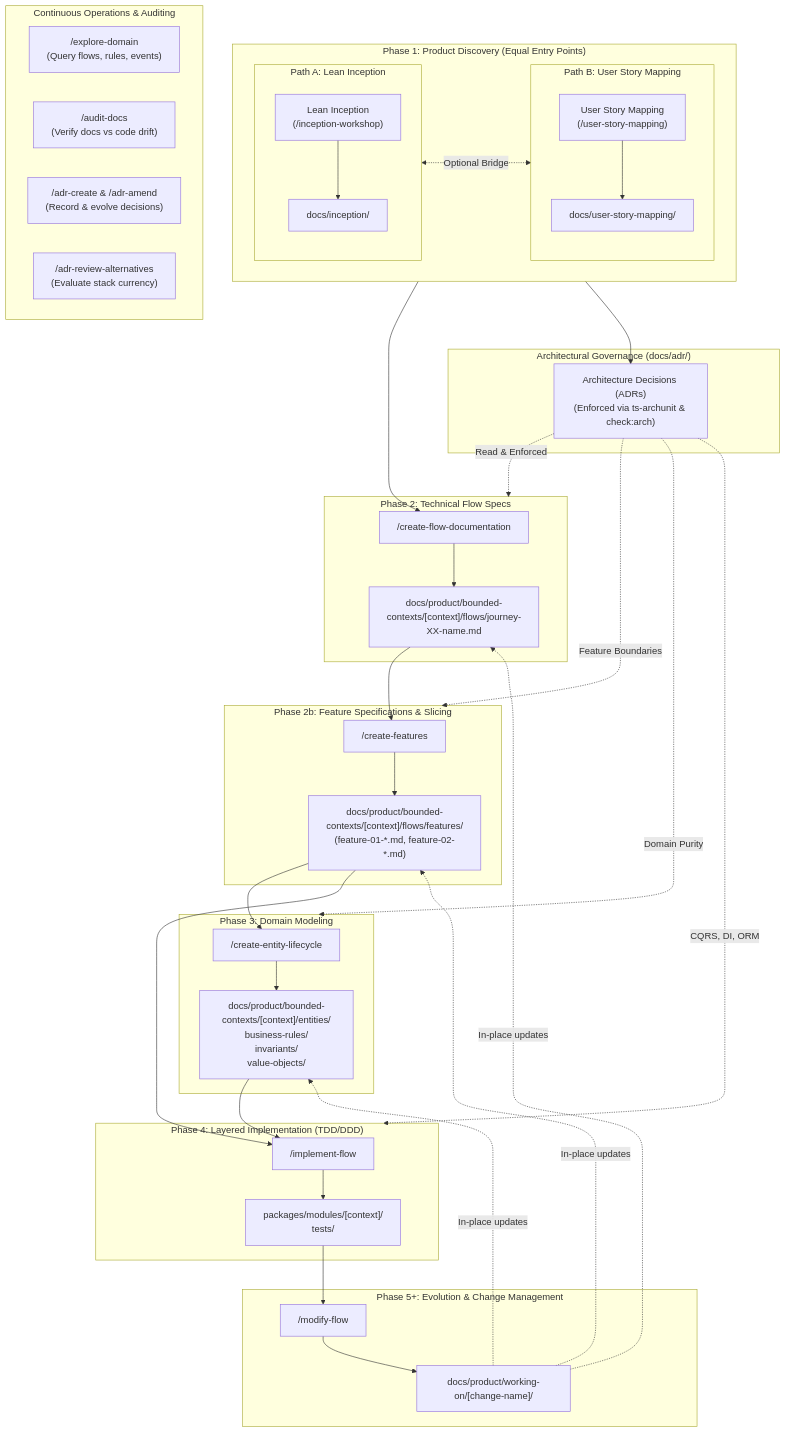
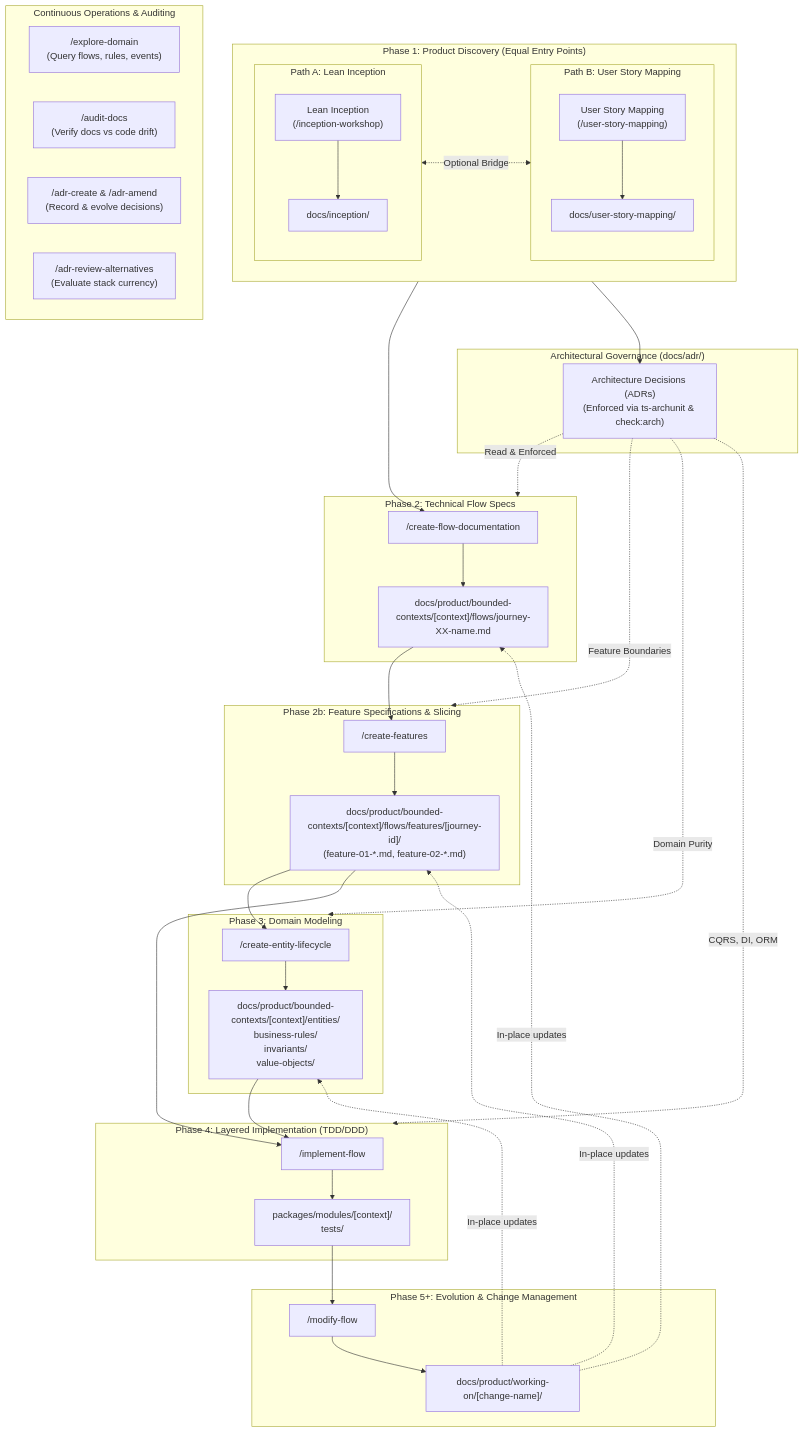
The diagram in docs/SDLC-WORKFLOW-DIRECTORY.md (faparicior/SessioFlow), drawn with Mermaid before and after one commit. The commit also changed other lines of this file and 26 other files, not shown here.

Commit message:
refactor(docs): group feature specifications by journey subfolder

````diff
--- a/docs/SDLC-WORKFLOW-DIRECTORY.md
+++ b/docs/SDLC-WORKFLOW-DIRECTORY.md
@@ -11,62 +11,62 @@
 ```mermaid
 flowchart TD
     subgraph Discovery ["Phase 1: Product Discovery (Equal Entry Points)"]
         direction LR
 
         subgraph PathA ["Path A: Lean Inception"]
             direction TB
             P1["Lean Inception\n(/inception-workshop)"] --> D1["docs/inception/"]
         end
 
         subgraph PathB ["Path B: User Story Mapping"]
             direction TB
             P1b["User Story Mapping\n(/user-story-mapping)"] --> D1b["docs/user-story-mapping/"]
         end
 
         D1 <-.->|"Optional Bridge"| D1b
     end
 
     Discovery --> P2
 
     subgraph Specs ["Phase 2: Technical Flow Specs"]
         P2["/create-flow-documentation"] --> D2["docs/product/bounded-contexts/[context]/flows/journey-XX-name.md"]
     end
 
     subgraph Features ["Phase 2b: Feature Specifications & Slicing"]
         D2 --> P2b["/create-features"]
-        P2b --> D2b["docs/product/bounded-contexts/[context]/flows/features/\n(feature-01-*.md, feature-02-*.md)"]
+        P2b --> D2b["docs/product/bounded-contexts/[context]/flows/features/[journey-id]/\n(feature-01-*.md, feature-02-*.md)"]
     end
 
     subgraph DomainModel ["Phase 3: Domain Modeling"]
         D2b --> P3["/create-entity-lifecycle"]
         P3 --> D3["docs/product/bounded-contexts/[context]/entities/\nbusiness-rules/\ninvariants/\nvalue-objects/"]
     end
 
     subgraph Implementation ["Phase 4: Layered Implementation (TDD/DDD)"]
         D2b & D3 --> P4["/implement-flow"]
         P4 --> D4["packages/modules/[context]/\ntests/"]
     end
 
     subgraph Evolution ["Phase 5+: Evolution & Change Management"]
         D4 --> P5["/modify-flow"]
         P5 --> D5["docs/product/working-on/[change-name]/"]
         D5 -. In-place updates .-> D2 & D2b & D3
     end
 
     subgraph Operations ["Continuous Operations & Auditing"]
         O1["/explore-domain\n(Query flows, rules, events)"]
         O2["/audit-docs\n(Verify docs vs code drift)"]
         O3["/adr-create & /adr-amend\n(Record & evolve decisions)"]
         O4["/adr-review-alternatives\n(Evaluate stack currency)"]
     end
 
     subgraph Architecture ["Architectural Governance (docs/adr/)"]
         ADR["Architecture Decisions (ADRs)\n(Enforced via ts-archunit & check:arch)"]
     end
 
     Discovery --> ADR
     ADR -. Read & Enforced .-> Specs
     ADR -. Feature Boundaries .-> Features
     ADR -. Domain Purity .-> DomainModel
     ADR -. CQRS, DI, ORM .-> Implementation
 ```
````
